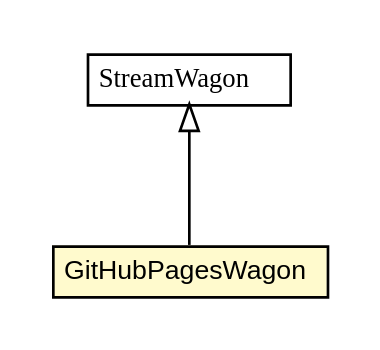
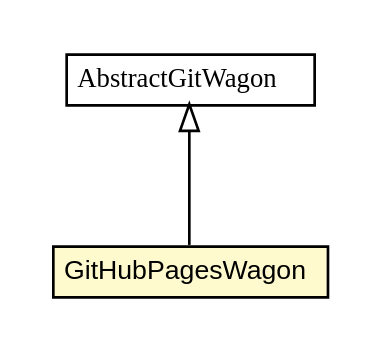
One commit to trajano/wagon-git changed the diagram in apidocs/net/trajano/wagon/git/GitHubPagesWagon.dot. Above: the diagram before and after it, drawn with Graphviz. The commit also changed 109 other files, not shown here.

Commit message:
wagon-git commit

```diff
--- a/apidocs/net/trajano/wagon/git/GitHubPagesWagon.dot
+++ b/apidocs/net/trajano/wagon/git/GitHubPagesWagon.dot
@@ -1,26 +1,26 @@
 #!/usr/local/bin/dot
 #
 # Class diagram 
 # Generated by UMLGraph version R5_6-24-gf6e263 (http://www.umlgraph.org/)
 #
 
 digraph G {
 	edge [fontname="arial",fontsize=10,labelfontname="arial",labelfontsize=10];
 	node [fontname="arial",fontsize=10,shape=plaintext];
 	nodesep=0.25;
 	ranksep=0.5;
 	// net.trajano.wagon.git.GitHubPagesWagon
-	c13 [label=<<table title="net.trajano.wagon.git.GitHubPagesWagon" border="0" cellborder="1" cellspacing="0" cellpadding="2" port="p" bgcolor="lemonChiffon" href="./GitHubPagesWagon.html">
+	c26 [label=<<table title="net.trajano.wagon.git.GitHubPagesWagon" border="0" cellborder="1" cellspacing="0" cellpadding="2" port="p" bgcolor="lemonChiffon" href="./GitHubPagesWagon.html">
 		<tr><td><table border="0" cellspacing="0" cellpadding="1">
 <tr><td align="center" balign="center"> GitHubPagesWagon </td></tr>
 		</table></td></tr>
 		</table>>, URL="./GitHubPagesWagon.html", fontname="arial", fontcolor="black", fontsize=10.0];
-	//net.trajano.wagon.git.GitHubPagesWagon extends org.apache.maven.wagon.StreamWagon
-	c16:p -> c13:p [dir=back,arrowtail=empty];
-	// org.apache.maven.wagon.StreamWagon
-	c16 [label=<<table title="org.apache.maven.wagon.StreamWagon" border="0" cellborder="1" cellspacing="0" cellpadding="2" port="p" href="http://java.sun.com/j2se/1.4.2/docs/api/org/apache/maven/wagon/StreamWagon.html">
+	// net.trajano.wagon.git.internal.AbstractGitWagon
+	c29 [label=<<table title="net.trajano.wagon.git.internal.AbstractGitWagon" border="0" cellborder="1" cellspacing="0" cellpadding="2" port="p" href="./internal/AbstractGitWagon.html">
 		<tr><td><table border="0" cellspacing="0" cellpadding="1">
-<tr><td align="center" balign="center"><font face="arial italic"> StreamWagon </font></td></tr>
+<tr><td align="center" balign="center"><font face="arial italic"> AbstractGitWagon </font></td></tr>
 		</table></td></tr>
-		</table>>, URL="http://java.sun.com/j2se/1.4.2/docs/api/org/apache/maven/wagon/StreamWagon.html", fontname="arial", fontcolor="black", fontsize=10.0];
+		</table>>, URL="./internal/AbstractGitWagon.html", fontname="arial", fontcolor="black", fontsize=10.0];
+	//net.trajano.wagon.git.GitHubPagesWagon extends net.trajano.wagon.git.internal.AbstractGitWagon
+	c29:p -> c26:p [dir=back,arrowtail=empty];
 }
```
